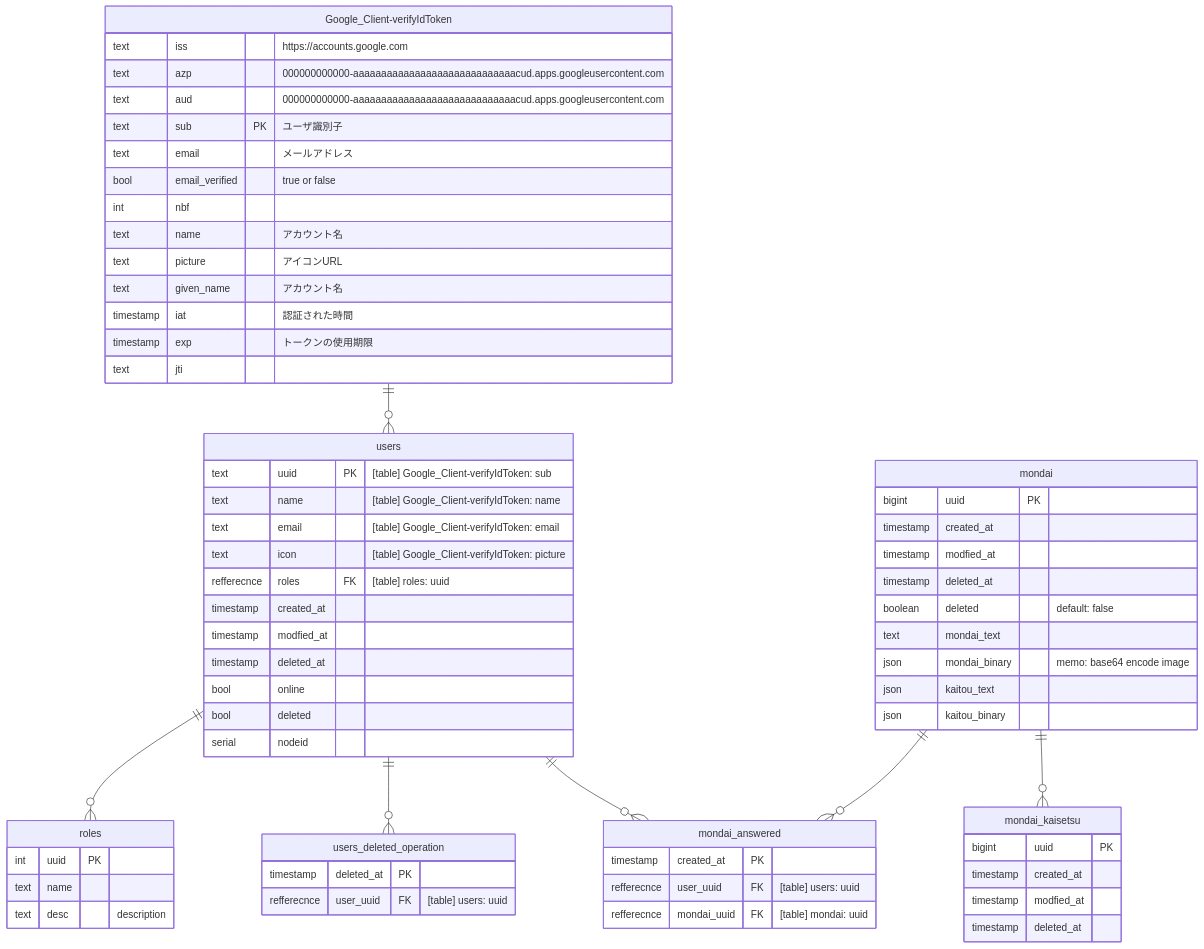
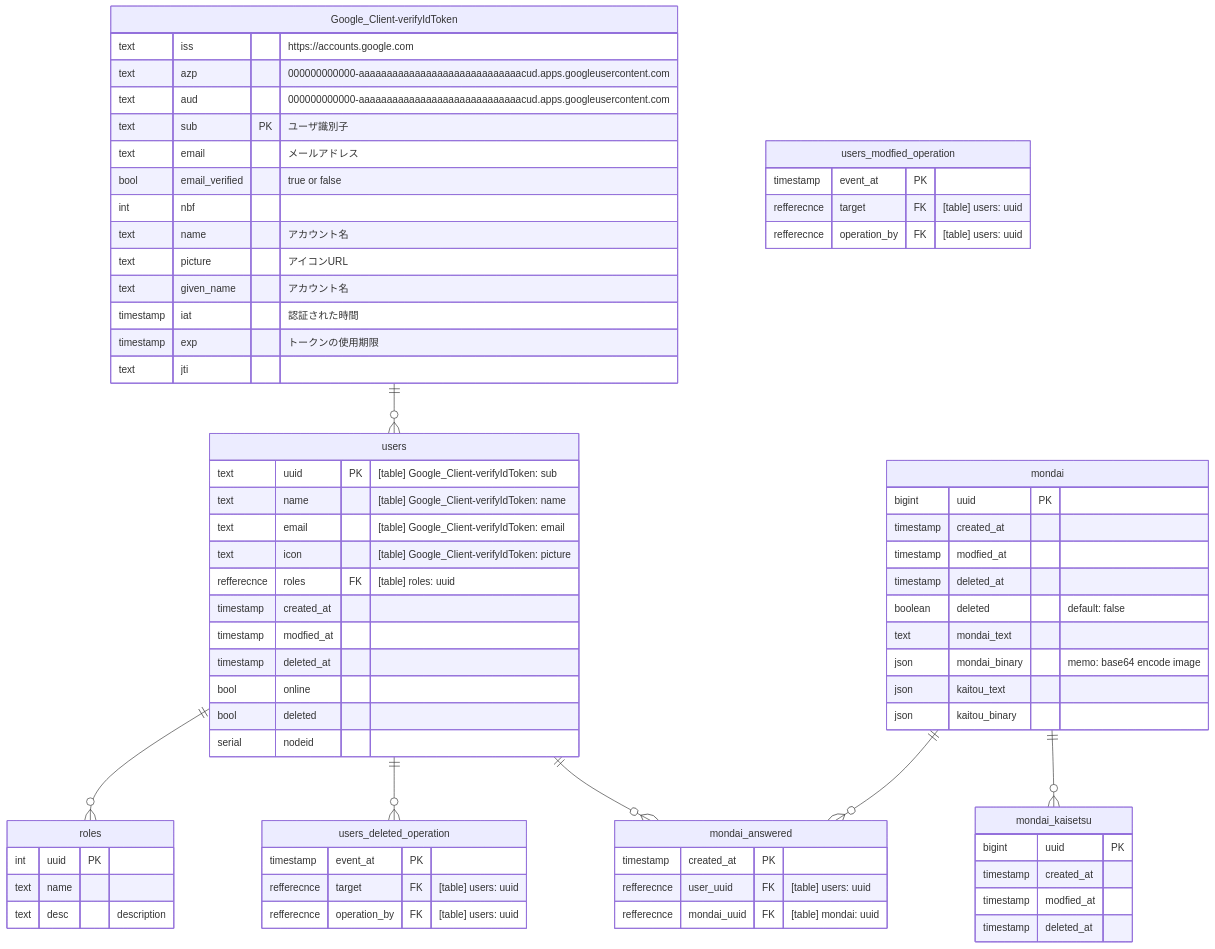
One commit to n138-kz/denkou-kakomon-dotcom changed the diagram in README.md. Above: the diagram before and after it, drawn with Mermaid.

````diff
--- a/README.md
+++ b/README.md
@@ -26,75 +26,82 @@
 ```mermaid
 erDiagram
 Google_Client-verifyIdToken ||--o{ users: ""
 users ||--o{ roles: "" 
 users ||--o{ users_deleted_operation: "" 
 mondai ||--o{ mondai_answered: "" 
 users ||--o{ mondai_answered: "" 
 mondai ||--o{ mondai_kaisetsu: "" 
 
 Google_Client-verifyIdToken {
     text iss "https://accounts.google.com"
     text azp "000000000000-aaaaaaaaaaaaaaaaaaaaaaaaaaaaacud.apps.googleusercontent.com"
     text aud "000000000000-aaaaaaaaaaaaaaaaaaaaaaaaaaaaacud.apps.googleusercontent.com"
     text sub PK "ユーザ識別子"
     text email "メールアドレス"
     bool email_verified "true or false"
     int nbf
     text name "アカウント名"
     text picture "アイコンURL"
     text given_name "アカウント名"
     timestamp iat "認証された時間"
     timestamp exp "トークンの使用期限"
     text jti
 }
 
 users {
     text uuid PK "[table] Google_Client-verifyIdToken: sub"
     text name "[table] Google_Client-verifyIdToken: name"
     text email "[table] Google_Client-verifyIdToken: email"
     text icon "[table] Google_Client-verifyIdToken: picture"
     refferecnce roles FK "[table] roles: uuid"
     timestamp created_at
     timestamp modfied_at
     timestamp deleted_at
     bool online
     bool deleted 
     serial nodeid
 }
 
 roles {
     int uuid PK
     text name
     text desc "description"
 }
 
 users_deleted_operation {
-    timestamp deleted_at PK
-    refferecnce user_uuid FK "[table] users: uuid"
+    timestamp event_at PK
+    refferecnce target FK "[table] users: uuid"
+    refferecnce operation_by FK "[table] users: uuid"
+}
+
+users_modfied_operation {
+    timestamp event_at PK
+    refferecnce target FK "[table] users: uuid"
+    refferecnce operation_by FK "[table] users: uuid"
 }
 
 mondai {
     bigint uuid PK
     timestamp created_at
     timestamp modfied_at
     timestamp deleted_at
     boolean deleted "default: false"
     text mondai_text
     json mondai_binary "memo: base64 encode image"
     json kaitou_text
     json kaitou_binary
 }
 
 mondai_answered {
     timestamp created_at PK
     refferecnce user_uuid FK "[table] users: uuid"
     refferecnce mondai_uuid FK "[table] mondai: uuid"
 }
 
 mondai_kaisetsu {
     bigint uuid PK
     timestamp created_at
     timestamp modfied_at
     timestamp deleted_at
 }
 ```
````
